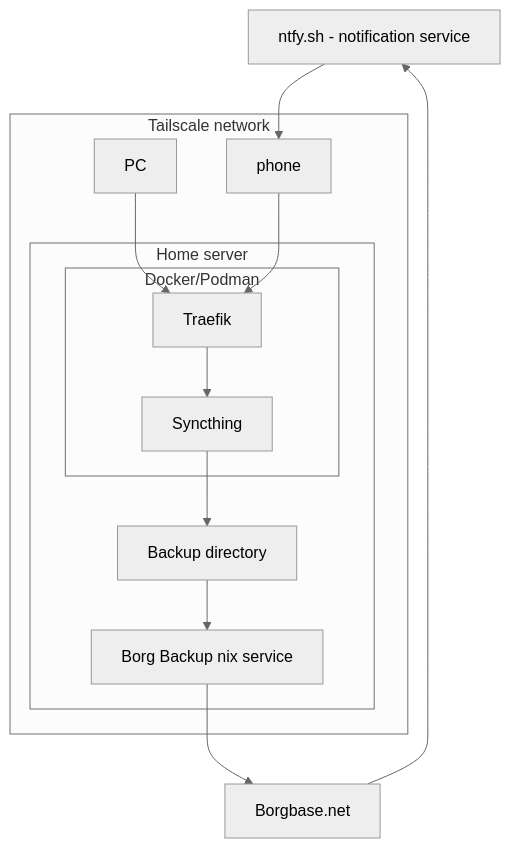
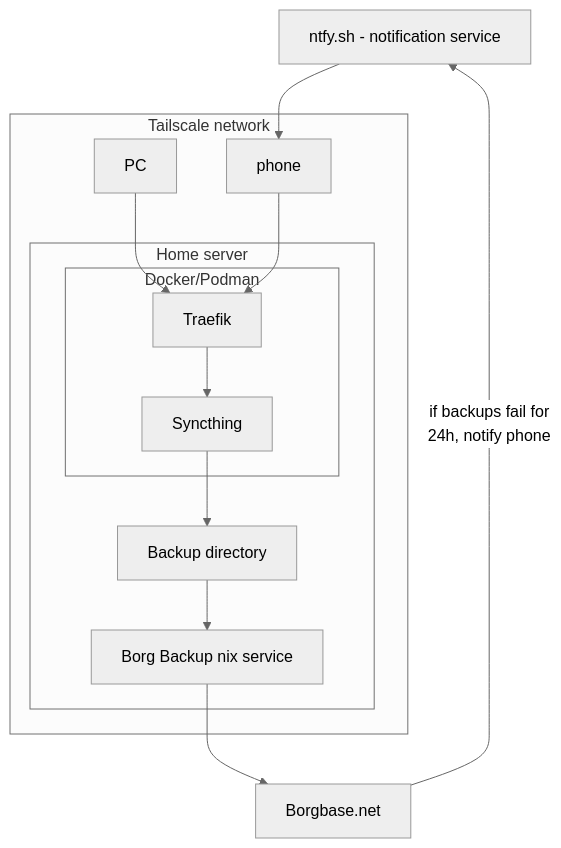
The diagram in src/backups_portable.md (only1thor/tl-dr.no), drawn with Mermaid (neutral theme) before and after one commit.

Commit message:
note on notification

````diff
--- a/src/backups_portable.md
+++ b/src/backups_portable.md
@@ -3,25 +3,26 @@
 ```mermaid
 graph TD;
     Ntfy["ntfy.sh - notification service"]
     subgraph Tailscale network
         A[PC]     --> T
         C[phone]  --> T
         subgraph Home server
             subgraph Docker/Podman
                 T[Traefik]  --> N[Syncthing]
             end
             B[Borg Backup nix service]
             N --> Bkp[Backup directory]
             Bkp --> B
         end
     end
     B --> R[Borgbase.net]
-    R --> Ntfy
+    R --if backups fail for
+        24h, notify phone--> Ntfy
     Ntfy --> C
     
     click Ntfy "https://ntfy.sh"
     click R "https://borgbase.com"
     click T "https://traefik.io"
     click B "https://nixos.org/manual/nixos/stable/#module-borgbase"
     click N "https://syncthing.net"
 ```
````
